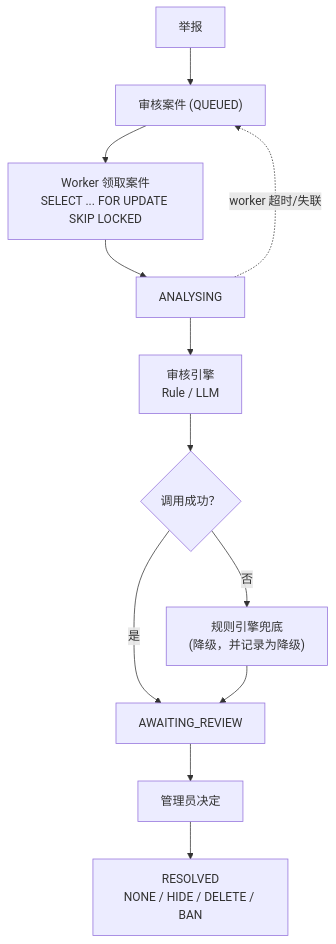
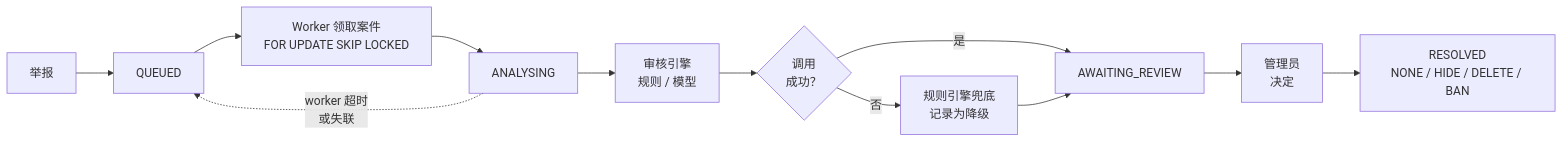
Before and after one commit to Mingjie-Mao/De-moderation-backend: the first of 2 diagrams in README.zh-CN.md, drawn with Mermaid. The commit also changed other lines of this file and 43 other files, not shown here.

````diff
--- a/README.zh-CN.md
+++ b/README.zh-CN.md
@@ -33,14 +33,14 @@
 ```mermaid
-flowchart TD
-    R["举报"] --> C["审核案件 (QUEUED)"]
-    C --> W["Worker 领取案件<br/>SELECT ... FOR UPDATE SKIP LOCKED"]
+flowchart LR
+    R["举报"] --> C["QUEUED"]
+    C --> W["Worker 领取案件<br/>FOR UPDATE SKIP LOCKED"]
     W --> A["ANALYSING"]
-    A --> E["审核引擎<br/>Rule / LLM"]
-    E --> Q{"调用成功？"}
+    A --> E["审核引擎<br/>规则 / 模型"]
+    E --> Q{"调用<br/>成功？"}
     Q -->|"是"| AR["AWAITING_REVIEW"]
-    Q -->|"否"| F["规则引擎兜底<br/>(降级，并记录为降级)"]
+    Q -->|"否"| F["规则引擎兜底<br/>记录为降级"]
     F --> AR
-    AR --> ADM["管理员决定"]
+    AR --> ADM["管理员<br/>决定"]
     ADM --> RES["RESOLVED<br/>NONE / HIDE / DELETE / BAN"]
-    A -.->|"worker 超时/失联"| C
+    A -.->|"worker 超时<br/>或失联"| C
 ```
````
